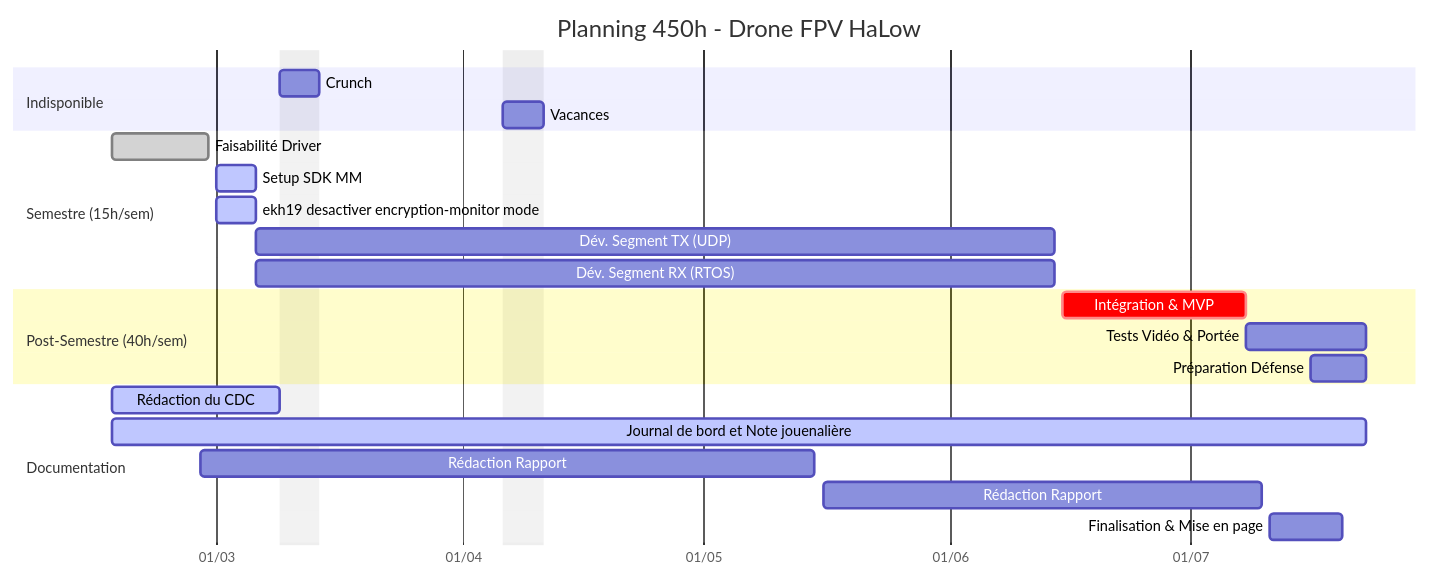
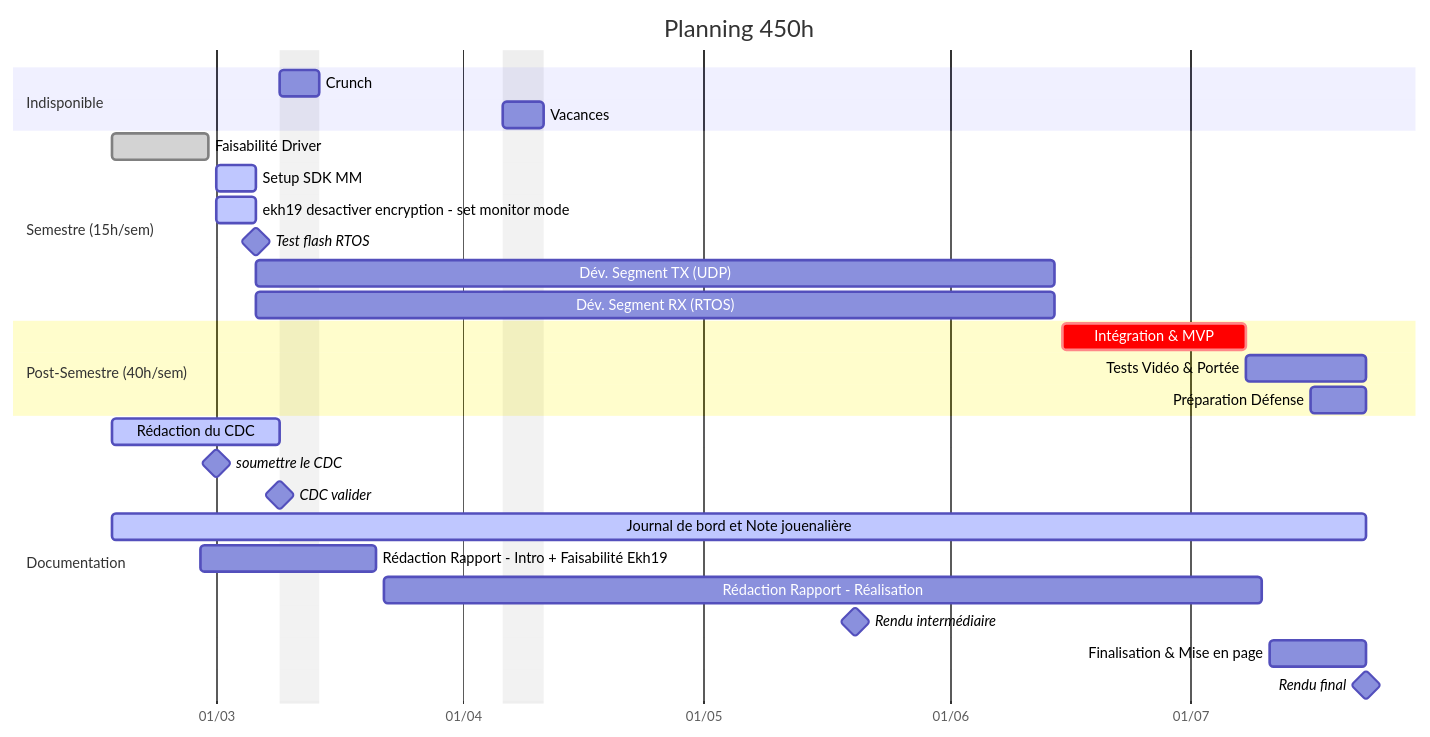
The diagram in JOURNAL/JOURNAL_DE_TRAVAIL.md (TschantzN/doc-bachelore-2026), drawn with Mermaid before and after one commit.

Commit message:
update gantt

````diff
--- a/JOURNAL/JOURNAL_DE_TRAVAIL.md
+++ b/JOURNAL/JOURNAL_DE_TRAVAIL.md
@@ -28,31 +28,38 @@
 ```mermaid
 gantt
-    title Planning 450h - Drone FPV HaLow
+    title Planning 450h
     dateFormat  YYYY-MM-DD
     axisFormat  %d/%m
 
     excludes 2026-03-09,2026-03-10,2026-03-11,2026-03-12,2026-03-13,2026-04-06,2026-04-07,2026-04-08,2026-04-09,2026-04-10
     
     section Indisponible
     Crunch      :2026-03-09, 2026-03-14
     Vacances    :2026-04-06, 2026-04-11
 
     section Semestre (15h/sem)
     Faisabilité Driver :done, p1, 2026-02-16, 2026-02-28
     Setup SDK MM       :active, p1, 2026-02-29, 2026-03-06
-    ekh19 desactiver encryption-monitor mode :active, p1, 2026-02-29, 2026-03-06
+    ekh19 desactiver encryption - set monitor mode :active, p1, 2026-02-29, 2026-03-06
+    Test flash RTOS    :milestone ,2026-03-06, 0d
+
     Dév. Segment TX (UDP)    : tx1,2026-03-06, 2026-06-14
     Dév. Segment RX (RTOS)   :rx1, 2026-03-06, 2026-06-14
 
     section Post-Semestre (40h/sem)
     Intégration & MVP        :crit, int1, 2026-06-15, 2026-07-08
     Tests Vidéo & Portée     :int2, 2026-07-08, 2026-07-23
     Préparation Défense      :int3, 2026-07-16, 2026-07-23
 
     section Documentation
     Rédaction du CDC         :active, doc1, 2026-02-16, 2026-03-09
+    soumettre le CDC         :milestone ,2026-03-01, 0d
+    CDC valider              :milestone ,2026-03-09, 0d
+
     Journal de bord et Note jouenalière :active, doc2, 2026-02-16, 2026-07-23
-    Rédaction Rapport : Étude & TX :doc3, 2026-02-27, 2026-05-15
-    Rédaction Rapport : RX & Intégration :doc4, 2026-05-16, 2026-07-10
-    Finalisation & Mise en page :doc5, 2026-07-11, 2026-07-20
+    Rédaction Rapport - Intro + Faisabilité Ekh19 :doc3, 2026-02-27, 2026-03-21
+    Rédaction Rapport - Réalisation :doc4, 2026-03-22, 2026-07-10
+    Rendu intermédiaire         :milestone ,2026-05-20, 0d
+    Finalisation & Mise en page :doc5, 2026-07-11, 2026-07-23
+    Rendu final                 :milestone ,2026-07-23, 0d
 ```
````
